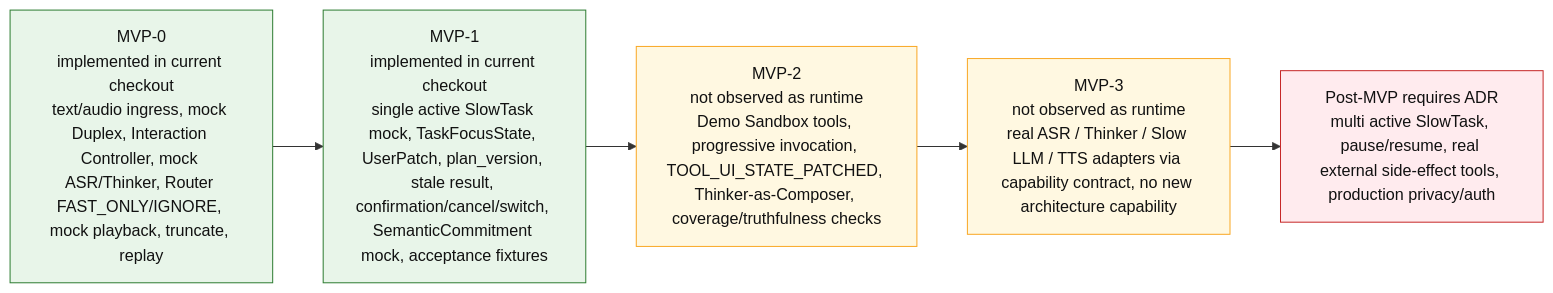
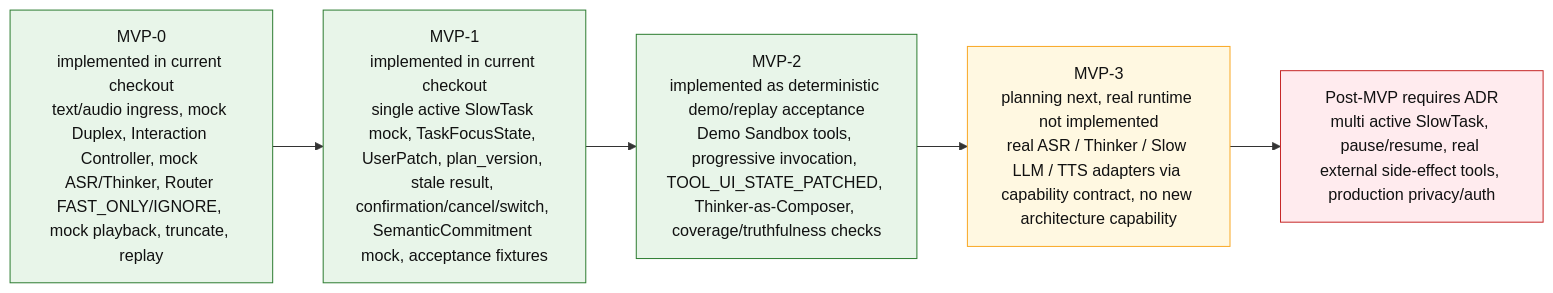
Diagram 11 of 11 in docs/architecture-diagrams.md (Skyfacon/voice-agent), drawn with Mermaid before and after one commit. The commit also changed other lines of this file and 11 other files, not shown here.

````diff
--- a/docs/architecture-diagrams.md
+++ b/docs/architecture-diagrams.md
@@ -496,17 +497,17 @@
 ```mermaid
 flowchart LR
     MVP0["MVP-0\nimplemented in current checkout\ntext/audio ingress, mock Duplex, Interaction Controller, mock ASR/Thinker, Router FAST_ONLY/IGNORE, mock playback, truncate, replay"]
     MVP1["MVP-1\nimplemented in current checkout\nsingle active SlowTask mock, TaskFocusState, UserPatch, plan_version, stale result, confirmation/cancel/switch, SemanticCommitment mock, acceptance fixtures"]
-    MVP2["MVP-2\nnot observed as runtime\nDemo Sandbox tools, progressive invocation, TOOL_UI_STATE_PATCHED, Thinker-as-Composer, coverage/truthfulness checks"]
-    MVP3["MVP-3\nnot observed as runtime\nreal ASR / Thinker / Slow LLM / TTS adapters via capability contract, no new architecture capability"]
+    MVP2["MVP-2\nimplemented as deterministic demo/replay acceptance\nDemo Sandbox tools, progressive invocation, TOOL_UI_STATE_PATCHED, Thinker-as-Composer, coverage/truthfulness checks"]
+    MVP3["MVP-3\nplanning next, real runtime not implemented\nreal ASR / Thinker / Slow LLM / TTS adapters via capability contract, no new architecture capability"]
     PostMVP["Post-MVP requires ADR\nmulti active SlowTask, pause/resume, real external side-effect tools, production privacy/auth"]
 
     MVP0 --> MVP1 --> MVP2 --> MVP3 --> PostMVP
 
     classDef implemented fill:#e8f5e9,stroke:#2e7d32,color:#111;
     classDef future fill:#fff8e1,stroke:#f9a825,color:#111;
     classDef blocked fill:#ffebee,stroke:#c62828,color:#111;
-    class MVP0,MVP1 implemented;
-    class MVP2,MVP3 future;
+    class MVP0,MVP1,MVP2 implemented;
+    class MVP3 future;
     class PostMVP blocked;
 ```
````
